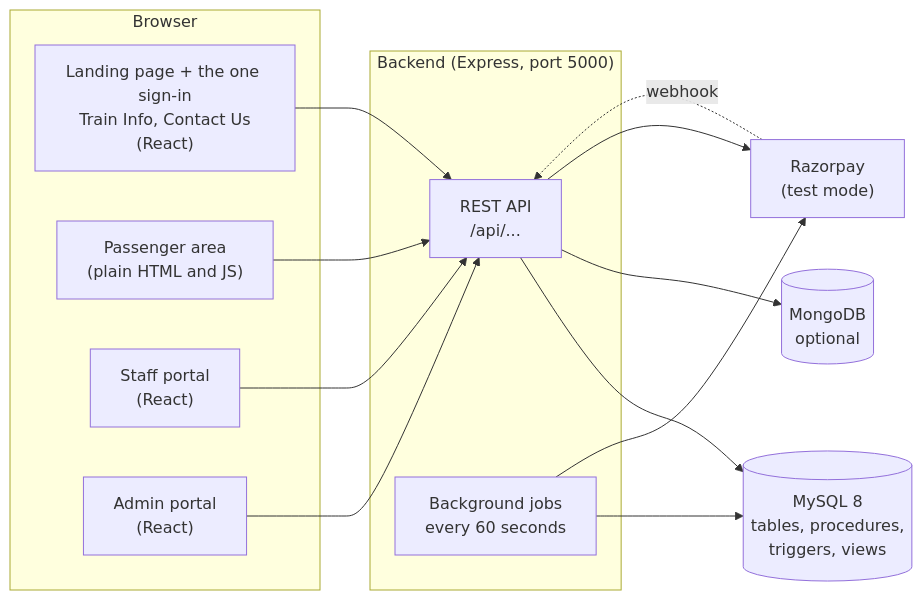
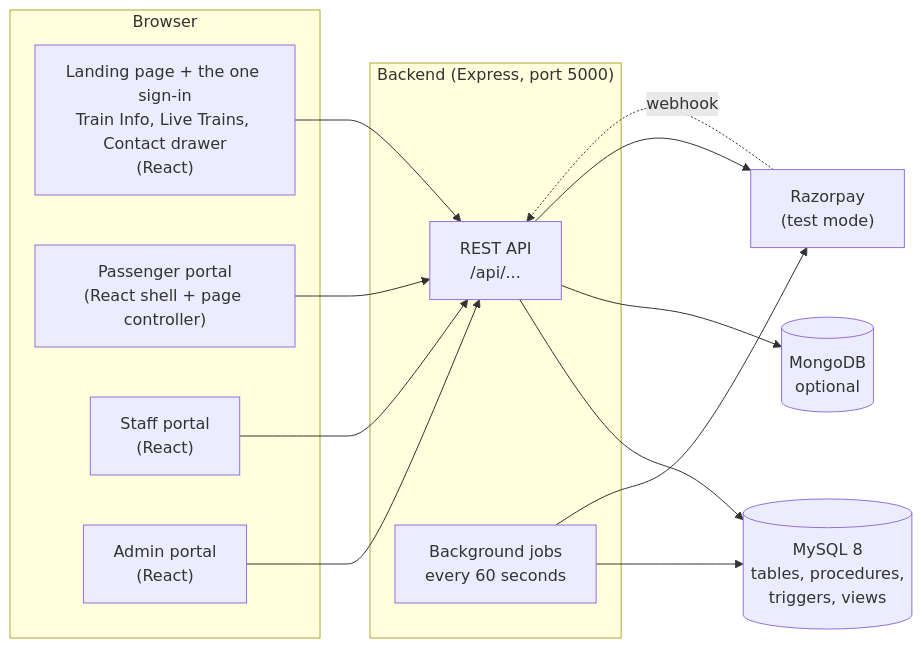
The first of 7 diagrams in docs/ARCHITECTURE.md (Enigma-27/Railway-Reservation-Management-System), drawn with Mermaid before and after one commit. The commit also changed other lines of this file and 239 other files, not shown here.

````diff
--- a/docs/ARCHITECTURE.md
+++ b/docs/ARCHITECTURE.md
@@ -7,26 +7,26 @@
 ```mermaid
 flowchart LR
     subgraph Browser
-        L["Landing page + the one sign-in<br/>Train Info, Contact Us<br/>(React)"]
-        P["Passenger area<br/>(plain HTML and JS)"]
+        L["Landing page + the one sign-in<br/>Train Info, Live Trains, Contact drawer<br/>(React)"]
+        P["Passenger portal<br/>(React shell + page controller)"]
         S["Staff portal<br/>(React)"]
         A["Admin portal<br/>(React)"]
     end
     subgraph Server["Backend (Express, port 5000)"]
         API["REST API<br/>/api/..."]
         J["Background jobs<br/>every 60 seconds"]
     end
     MY[("MySQL 8<br/>tables, procedures,<br/>triggers, views")]
     MG[("MongoDB<br/>optional")]
     RZ["Razorpay<br/>(test mode)"]
     L --> API
     P --> API
     S --> API
     A --> API
     API --> MY
     API --> MG
     API --> RZ
     RZ -. webhook .-> API
     J --> MY
     J --> RZ
 ```
````
